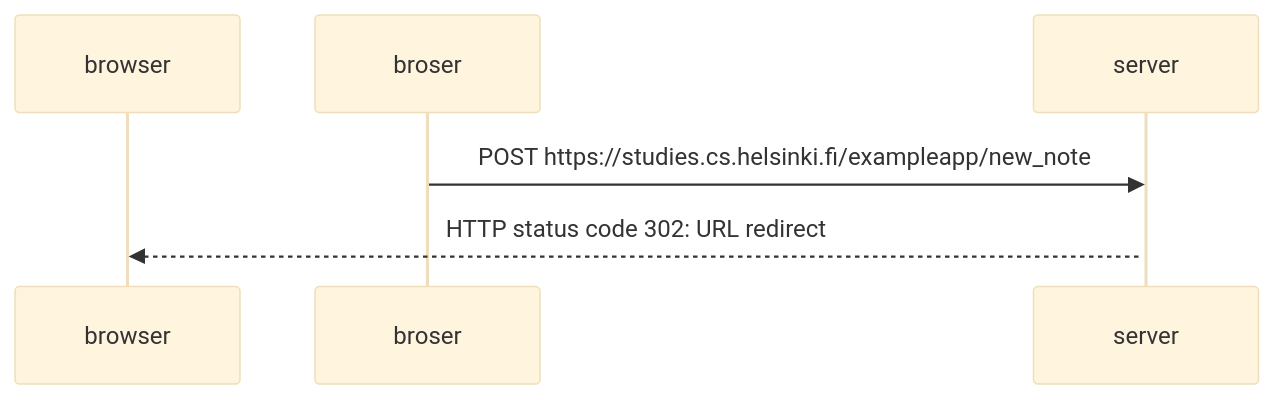
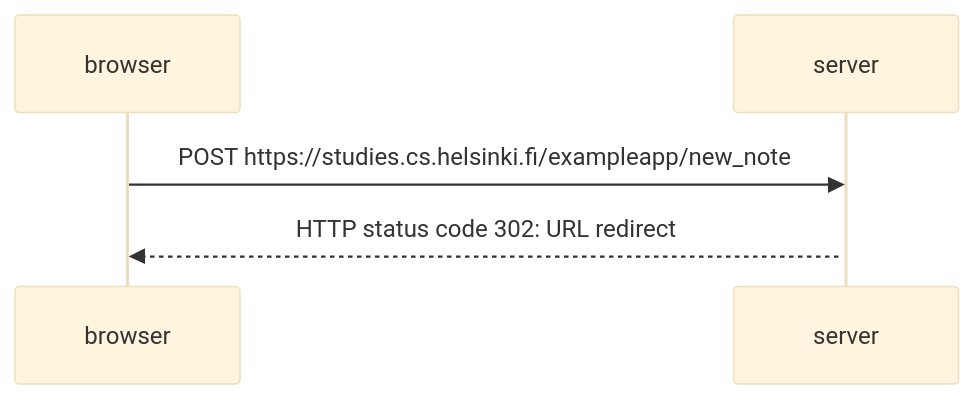
The diagram in part0/exercise0-4.md (valli259/Fullstack-exercises), drawn with Mermaid (base theme) before and after one commit.

````diff
--- a/part0/exercise0-4.md
+++ b/part0/exercise0-4.md
@@ -1,7 +1,8 @@
 ```mermaid
   sequenceDiagram
     participant browser
-    broser->>server: POST https://studies.cs.helsinki.fi/exampleapp/new_note
+    participant server
+    browser->>server: POST https://studies.cs.helsinki.fi/exampleapp/new_note
 activate server
 server-->>browser: HTTP status code 302: URL redirect
 ```
````
